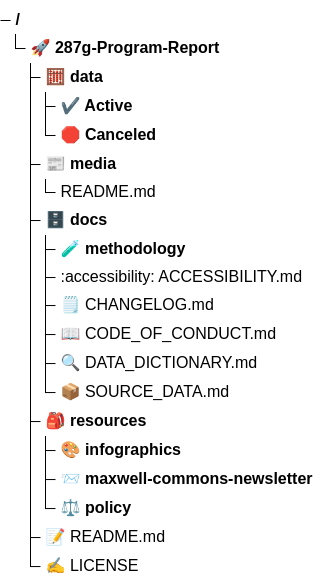
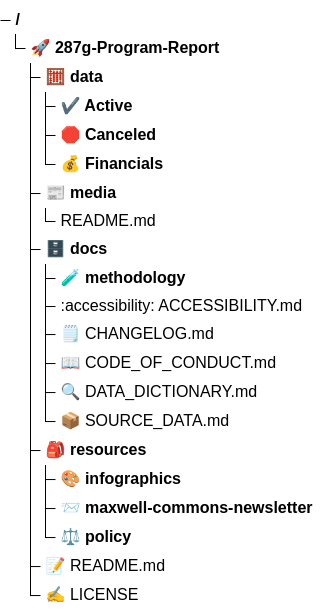
One commit to TitusThrasher/287g-Program-Report changed the diagram in README.md. Above: the diagram before and after it, drawn with Mermaid. The commit also changed other lines of this file, not shown here.

````diff
--- a/README.md
+++ b/README.md
@@ -25,22 +25,23 @@
 ```mermaid
 treeView-beta
             🚀 287g-Program-Report/
                 🧮 data/
                     ✔️ Active/
                     🛑 Canceled/
+                    💰 Financials/
                 📰 media/
                     README.md
                 🗄️ docs/
                     🧪 methodology/
                     :accessibility: ACCESSIBILITY.md
                     🗒️ CHANGELOG.md
                     📖 CODE_OF_CONDUCT.md
                     🔍 DATA_DICTIONARY.md
                     📦 SOURCE_DATA.md
                 🎒 resources/
                     🎨 infographics/
                     📨 maxwell-commons-newsletter/
                     ⚖️ policy/
                 📝 README.md
                 ✍️ LICENSE
 ```
````
